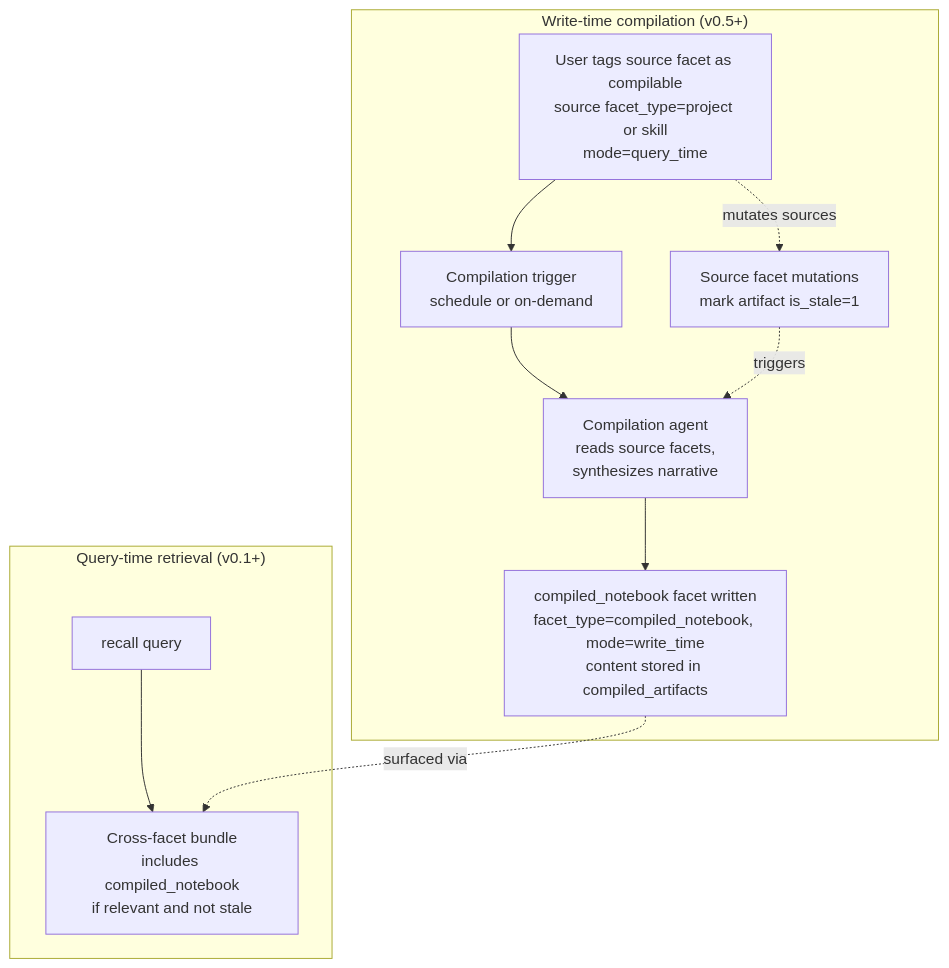
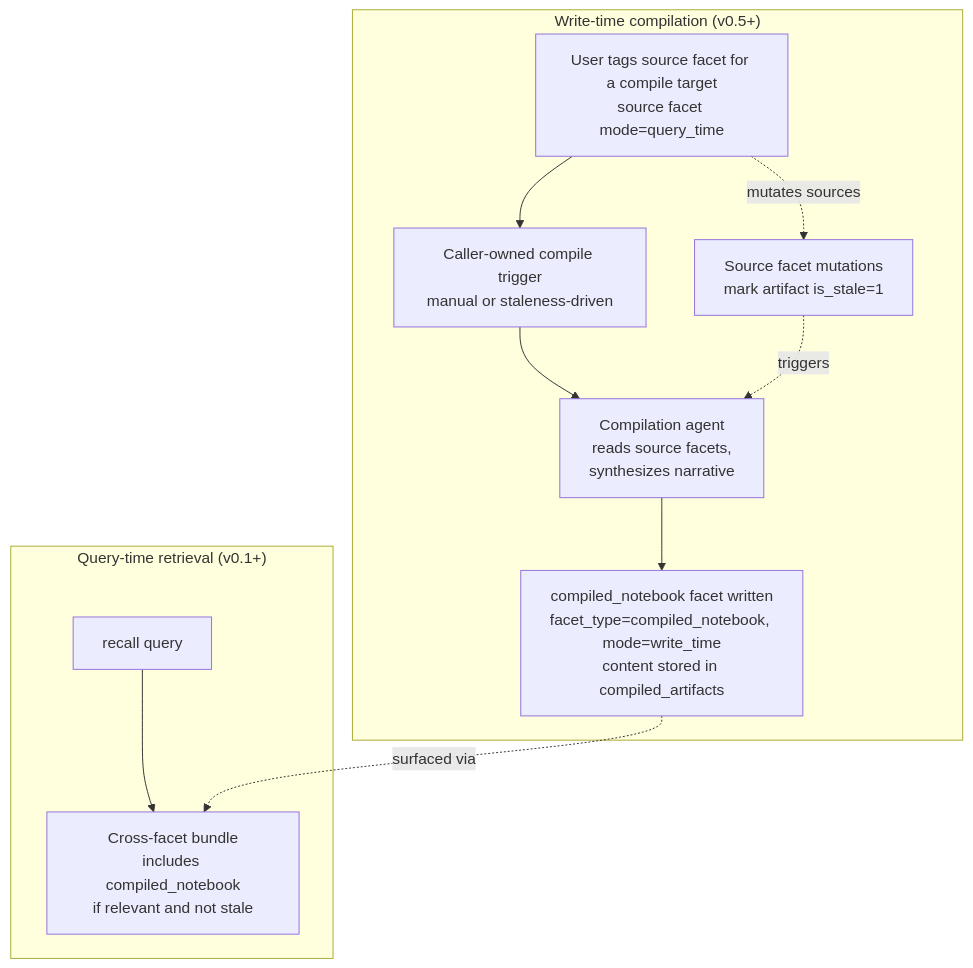
Before and after one commit to Mathews-Tom/Tessera: the ninth of 9 diagrams in docs/system-design.md, drawn with Mermaid. The commit also changed other lines of this file and 1 other file, not shown here.

````diff
--- a/docs/system-design.md
+++ b/docs/system-design.md
@@ -537,23 +537,23 @@
 ```mermaid
 graph TB
   subgraph Write["Write-time compilation (v0.5+)"]
-    ING[User tags source facet as compilable<br/>source facet_type=project or skill<br/>mode=query_time]
-    TRIGGER[Compilation trigger<br/>schedule or on-demand]
+    ING[User tags source facet for a compile target<br/>source facet mode=query_time]
+    TRIGGER[Caller-owned compile trigger<br/>manual or staleness-driven]
     COMPILE[Compilation agent<br/>reads source facets,<br/>synthesizes narrative]
     ARTIFACT[compiled_notebook facet written<br/>facet_type=compiled_notebook, mode=write_time<br/>content stored in compiled_artifacts]
     STALE[Source facet mutations<br/>mark artifact is_stale=1]
   end
 
   subgraph Query["Query-time retrieval (v0.1+)"]
     ASK[recall query]
     BUNDLE[Cross-facet bundle<br/>includes compiled_notebook<br/>if relevant and not stale]
   end
 
   ING --> TRIGGER
   TRIGGER --> COMPILE
   COMPILE --> ARTIFACT
   ING -.mutates sources.-> STALE
   STALE -.triggers.-> COMPILE
   ASK --> BUNDLE
   ARTIFACT -.surfaced via.-> BUNDLE
 ```
````
